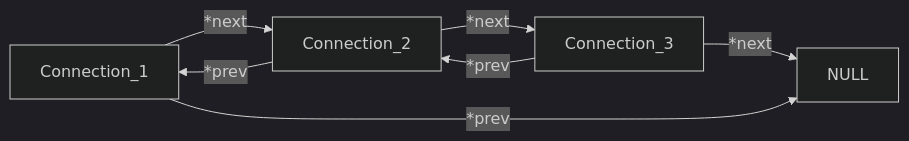
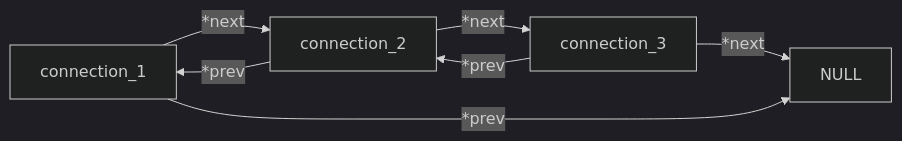
One commit to maptic/osurs changed the third of 5 diagrams in README.md. Above: the diagram before and after it, drawn with Mermaid (dark theme).

Commit message:
Typo in README.

````diff
--- a/README.md
+++ b/README.md
@@ -62,9 +62,9 @@
 ```mermaid
 graph LR;
-  Connection_1-->|*next|Connection_2;
-  Connection_2-->|*next|Connection_3;
-  Connection_3-->|*next|NULL;
-  Connection_3-->|*prev|Connection_2;
-  Connection_2-->|*prev|Connection_1;
-  Connection_1-->|*prev|NULL;
+  connection_1-->|*next|connection_2;
+  connection_2-->|*next|connection_3;
+  connection_3-->|*next|NULL;
+  connection_3-->|*prev|connection_2;
+  connection_2-->|*prev|connection_1;
+  connection_1-->|*prev|NULL;
 ```
````
